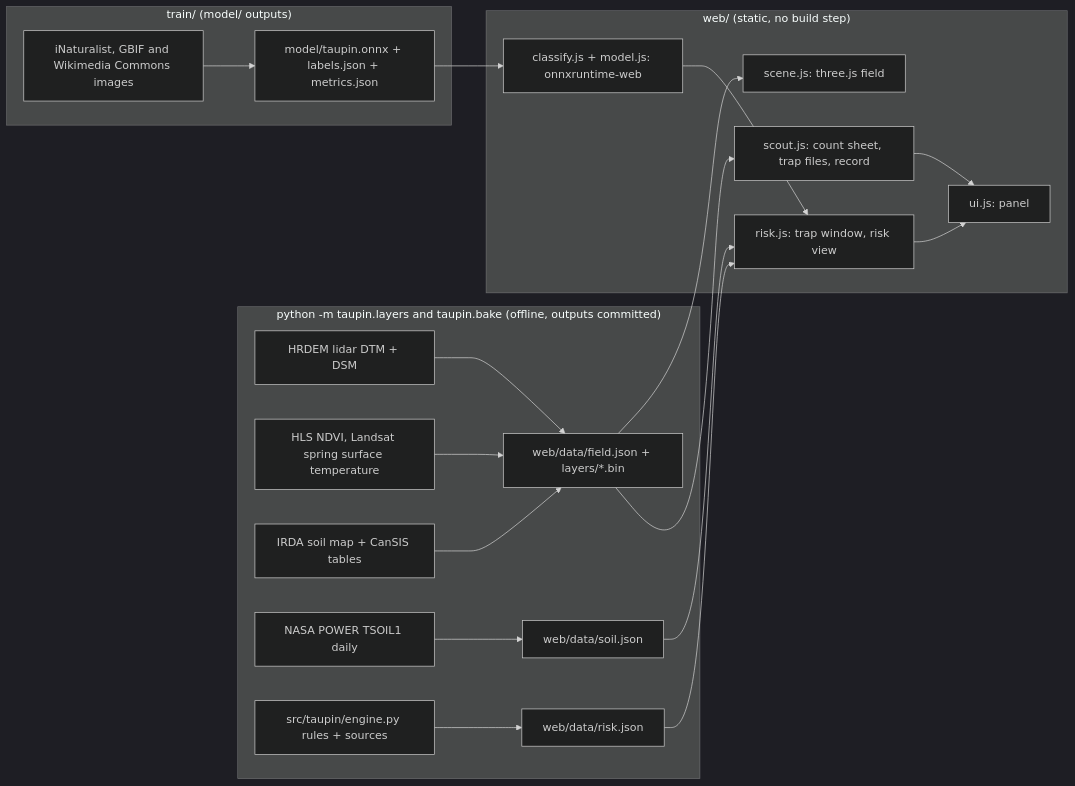
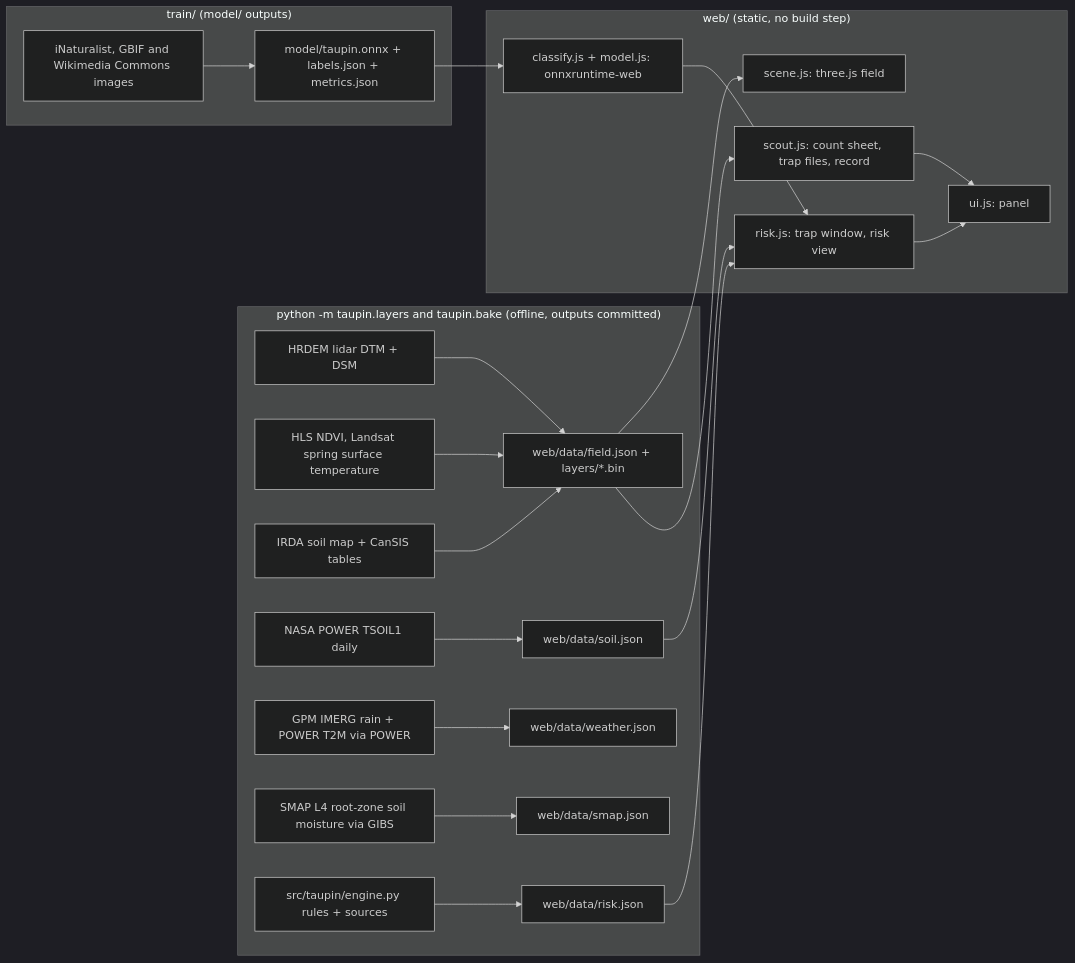
Before and after one commit to Nas01010101/taupin-v1: the diagram in README.md, drawn with Mermaid (dark theme). The commit also changed other lines of this file and 26 other files, not shown here.

Commit message:
added soil and water rotation scores, gpm rain and smap

````diff
--- a/README.md
+++ b/README.md
@@ -99,23 +107,25 @@
 ```mermaid
 flowchart LR
   subgraph bake["python -m taupin.layers and taupin.bake (offline, outputs committed)"]
     DEM[HRDEM lidar DTM + DSM] --> F[web/data/field.json + layers/*.bin]
     HLS[HLS NDVI, Landsat spring surface temperature] --> F
     IRDA[IRDA soil map + CanSIS tables] --> F
     POWER[NASA POWER TSOIL1 daily] --> S[web/data/soil.json]
+    IMERG[GPM IMERG rain + POWER T2M via POWER] --> W[web/data/weather.json]
+    SMAP[SMAP L4 root-zone soil moisture via GIBS] --> SM[web/data/smap.json]
     ENG[src/taupin/engine.py rules + sources] --> R[web/data/risk.json]
   end
   subgraph train["train/ (model/ outputs)"]
     INAT[iNaturalist, GBIF and Wikimedia Commons images] --> M[model/taupin.onnx + labels.json + metrics.json]
   end
   subgraph web["web/ (static, no build step)"]
     F --> SC[scene.js: three.js field]
     S --> RK[risk.js: trap window, risk view]
     R --> RK
     M --> CL[classify.js + model.js: onnxruntime-web]
     CL --> RK
     RK --> UI[ui.js: panel]
     F --> SH[scout.js: count sheet, trap files, record]
     SH --> UI
   end
 ```
````
